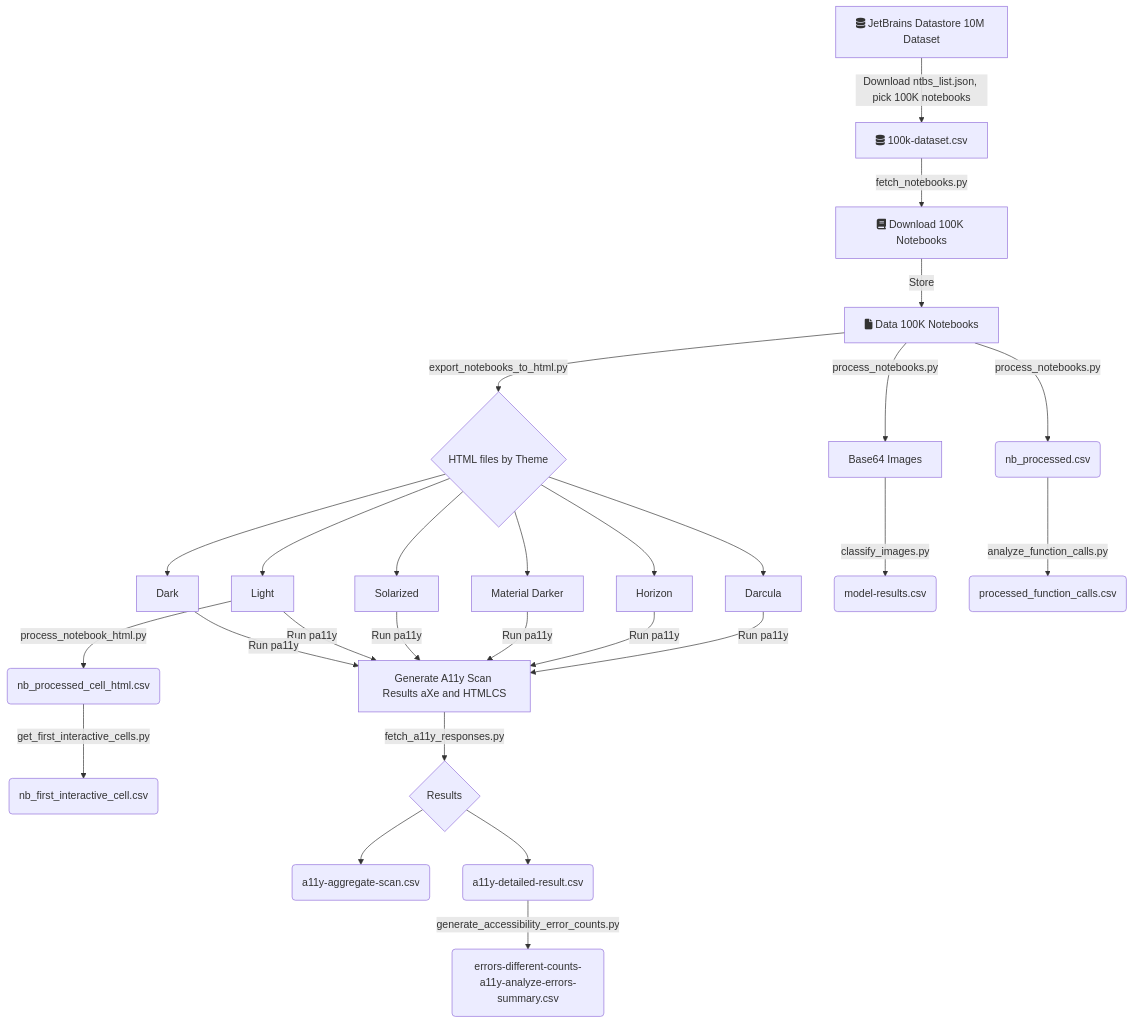
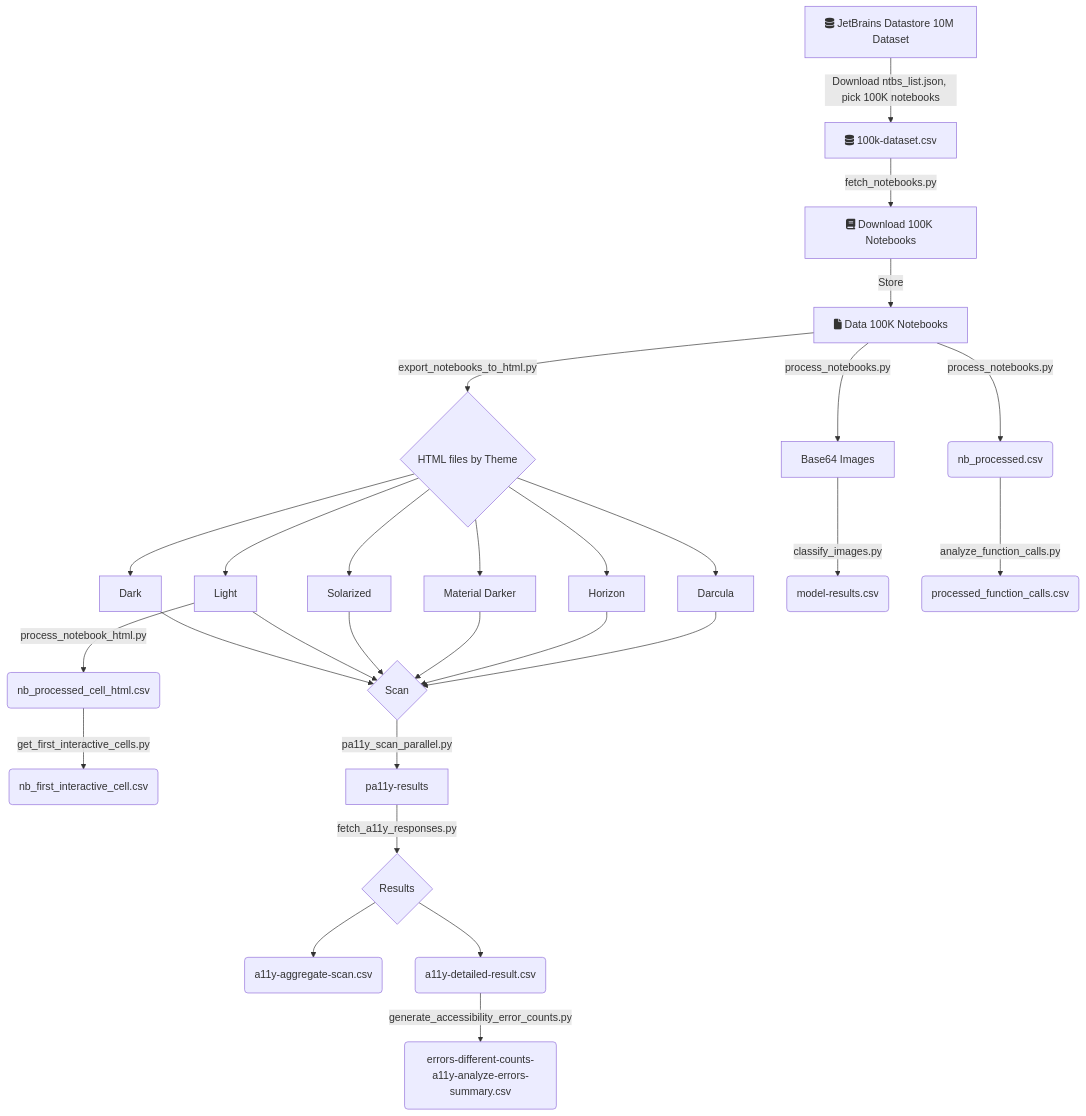
Before and after one commit to make4all/notebooka11y: the diagram in artifact/pipeline/README.md, drawn with Mermaid. The commit also changed 2 other files, not shown here.

Commit message:
Integrate parallel pa11y scan mechanism

````diff
--- a/artifact/pipeline/README.md
+++ b/artifact/pipeline/README.md
@@ -145,31 +145,34 @@
 ```mermaid
 graph TD
-A[fa:fa-database JetBrains Datastore 10M Dataset] -->|Download ntbs_list.json, pick 100K notebooks|B
-B[fa:fa-database 100k-dataset.csv] -->|fetch_notebooks.py| C[fa:fa-book Download 100K Notebooks]
+A[fa:fa-database JetBrains Datastore 10M Dataset] 
+    -->|Download ntbs_list.json, pick 100K notebooks|B
+B[fa:fa-database 100k-dataset.csv]
+    -->|fetch_notebooks.py| C[fa:fa-book Download 100K Notebooks]
 C -->|Store| D[fa:fa-file Data 100K Notebooks]
 D -->|export_notebooks_to_html.py| E{HTML files by Theme}
 E --> F[Darcula]
 E --> G[Horizon]
 E --> H[Material Darker]
 E --> I[Solarized]
 E --> J[Light]
 E --> K[Dark]
 J --> 
     |process_notebook_html.py|L(nb_processed_cell_html.csv)
 L -->
     |get_first_interactive_cells.py|M(nb_first_interactive_cell.csv)
-F -->|Run pa11y|N[Generate A11y Scan Results aXe and HTMLCS]
-G -->|Run pa11y|N
-H -->|Run pa11y|N
-I -->|Run pa11y|N
-J -->|Run pa11y|N
-K -->|Run pa11y|N
-N -->|fetch_a11y_responses.py|O{Results}
+F -->N{Scan}
+G -->N
+H -->N
+I -->N
+J -->N
+K -->N
+N -->|pa11y_scan_parallel.py|X[pa11y-results]
+X -->|fetch_a11y_responses.py|O{Results}
 O -->P(a11y-aggregate-scan.csv)
 O -->Q(a11y-detailed-result.csv)
 Q -->|generate_accessibility_error_counts.py|R(errors-different-counts-a11y-analyze-errors-summary.csv)
 D -->|process_notebooks.py|S[Base64 Images]
 S -->|classify_images.py|T(model-results.csv)
 D -->|process_notebooks.py|U(nb_processed.csv)
 U -->|analyze_function_calls.py|V(processed_function_calls.csv)
 ```
````
